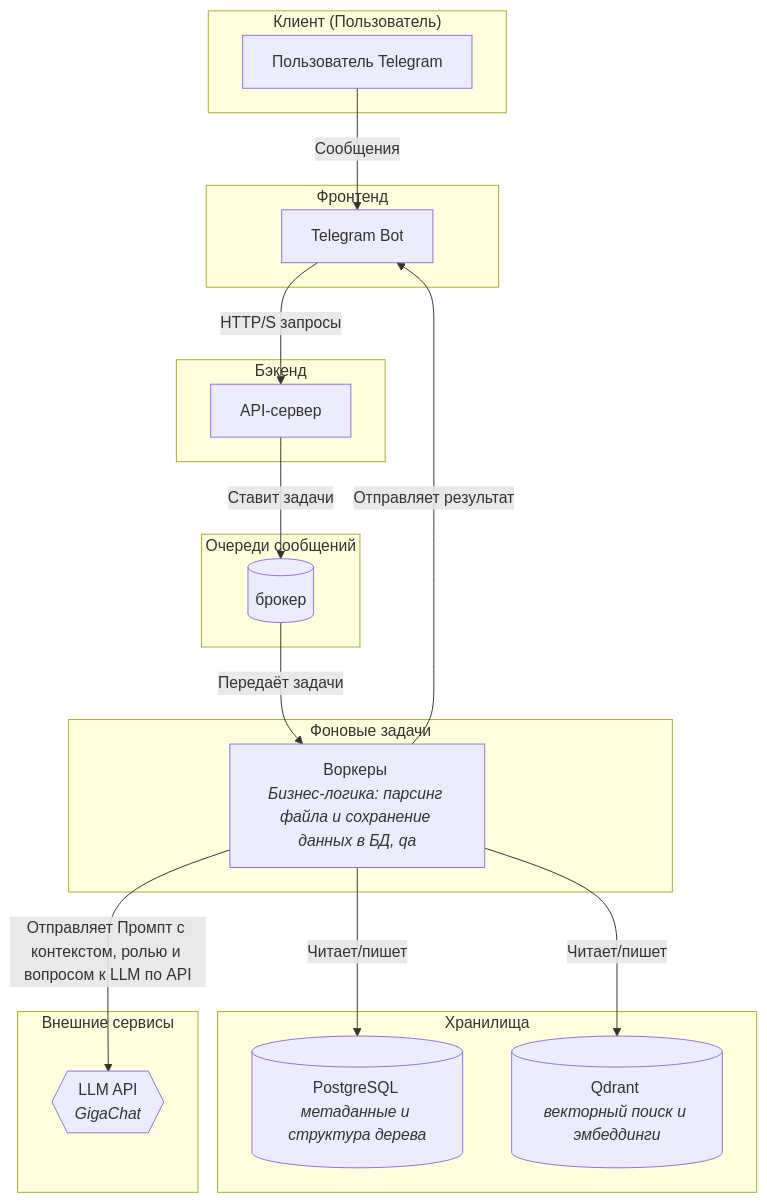
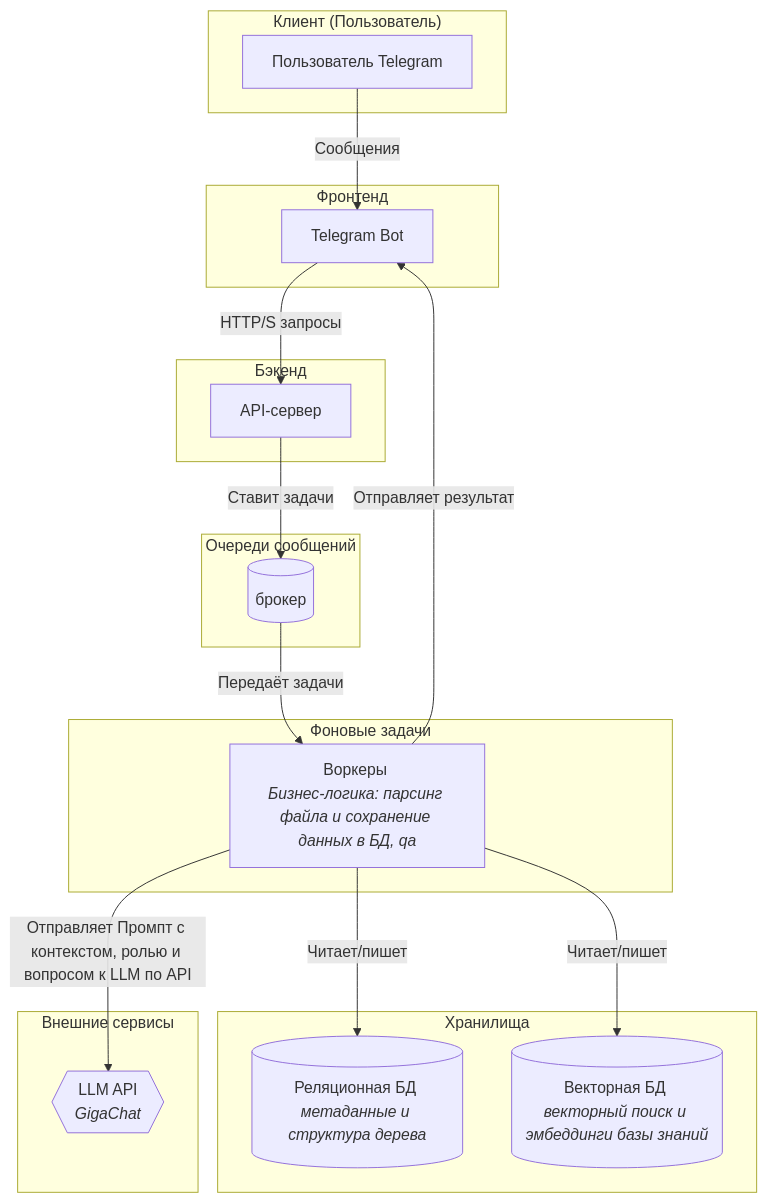
The diagram in Анастасия_Друзьянова/architect.MD (patolog123/Analyst-3.0), drawn with Mermaid before and after one commit.

````diff
--- a/Анастасия_Друзьянова/architect.MD
+++ b/Анастасия_Друзьянова/architect.MD
@@ -1,41 +1,41 @@
 ```mermaid
 graph TD
     subgraph "Клиент (Пользователь)"
         A[Пользователь Telegram]
     end
 
     subgraph "Фронтенд"
         B[Telegram Bot]
     end
 
     subgraph "Бэкенд"
         C[API-сервер]
     end
 
     subgraph "Очереди сообщений"
         J[(брокер)]
     end
 
     subgraph "Фоновые задачи"
         F[Воркеры <br><i>Бизнес-логика: парсинг файла и сохранение данных в БД, qa</i>]
     end
 
     subgraph "Хранилища"
-        G[(PostgreSQL <br><i>метаданные и структура дерева</i>)]
-        I[(Qdrant <br><i>векторный поиск и эмбеддинги</i>)]
+        G[(Реляционная БД <br><i>метаданные и структура дерева</i>)]
+        I[(Векторная БД <br><i>векторный поиск и эмбеддинги базы знаний</i>)]
     end
 
     subgraph "Внешние сервисы"
         H{{LLM API <br><i>GigaChat</i>}}
     end
 
     %% Связи между компонентами
     A -- Сообщения --> B
     B -- HTTP/S запросы --> C
     C -- Ставит задачи --> J
     J -- Передаёт задачи --> F
     F -- Отправляет Промпт с контекстом, ролью и вопросом к LLM по API --> H
     F -- Читает/пишет --> G
     F -- Читает/пишет --> I
     F -- Отправляет результат --> B
 ```
````
